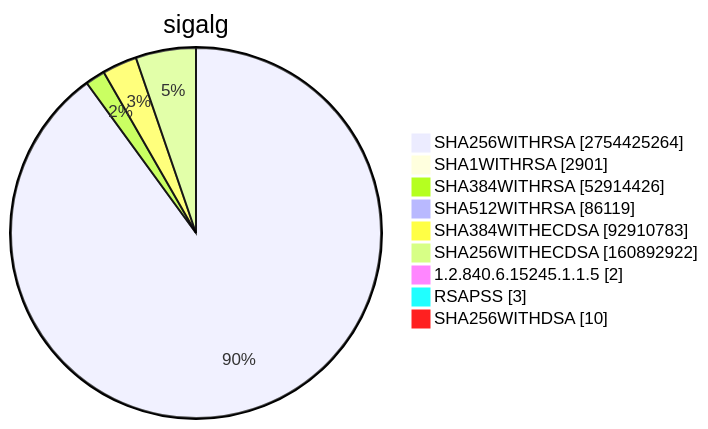
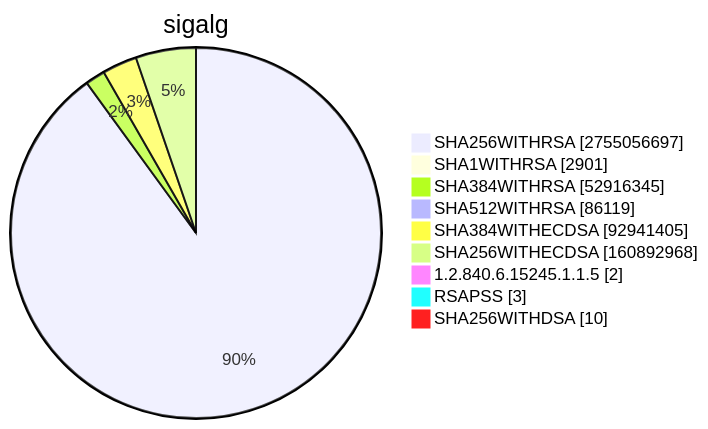
One commit to christiankrug/ctmonitor_visualization changed diagram 15 of 15 in TOTAL/README.md. Above: the diagram before and after it, drawn with Mermaid. The commit also changed other lines of this file, not shown here.

````diff
--- a/TOTAL/README.md
+++ b/TOTAL/README.md
@@ -6207,13 +6207,13 @@
 ```mermaid
 pie showData
 title sigalg
-"SHA256WITHRSA" :2754425264
+"SHA256WITHRSA" :2755056697
 "SHA1WITHRSA" :2901
-"SHA384WITHRSA" :52914426
+"SHA384WITHRSA" :52916345
 "SHA512WITHRSA" :86119
-"SHA384WITHECDSA" :92910783
-"SHA256WITHECDSA" :160892922
+"SHA384WITHECDSA" :92941405
+"SHA256WITHECDSA" :160892968
 "1.2.840.6.15245.1.1.5" :2
 "RSAPSS" :3
 "SHA256WITHDSA" :10
 ```
````
